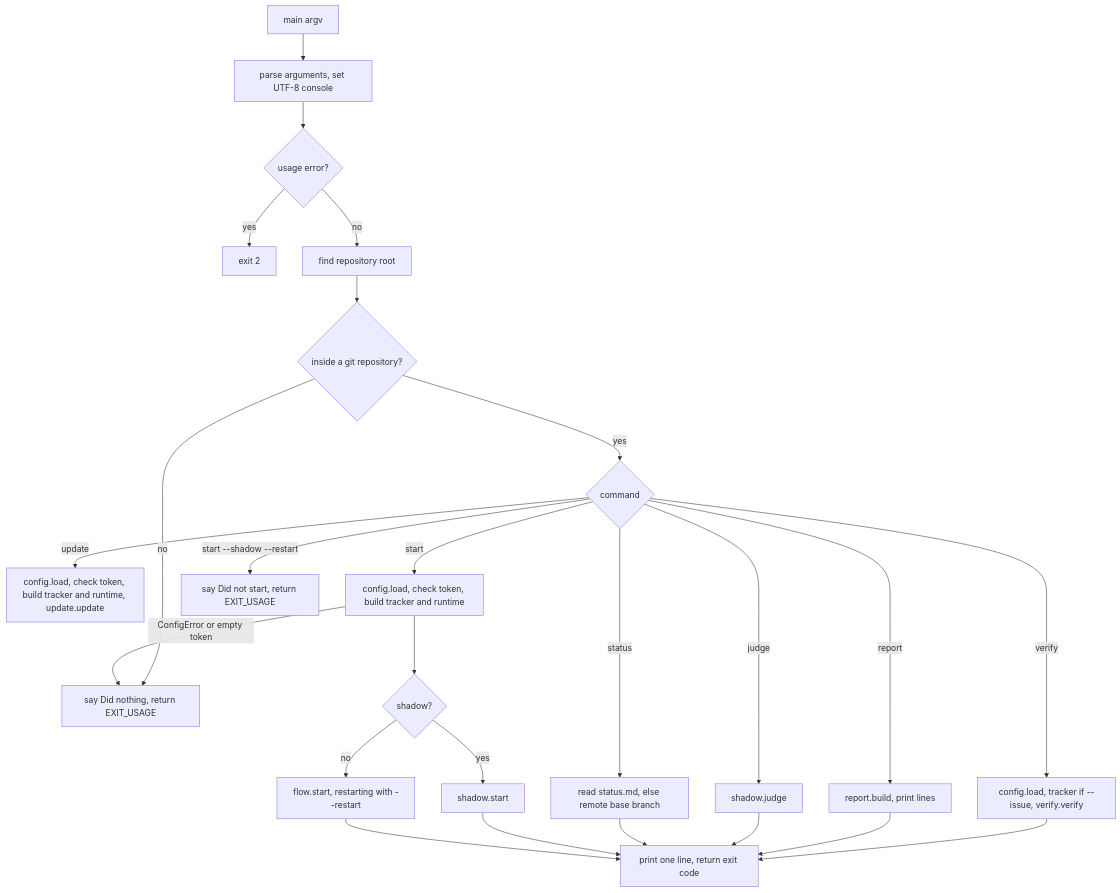
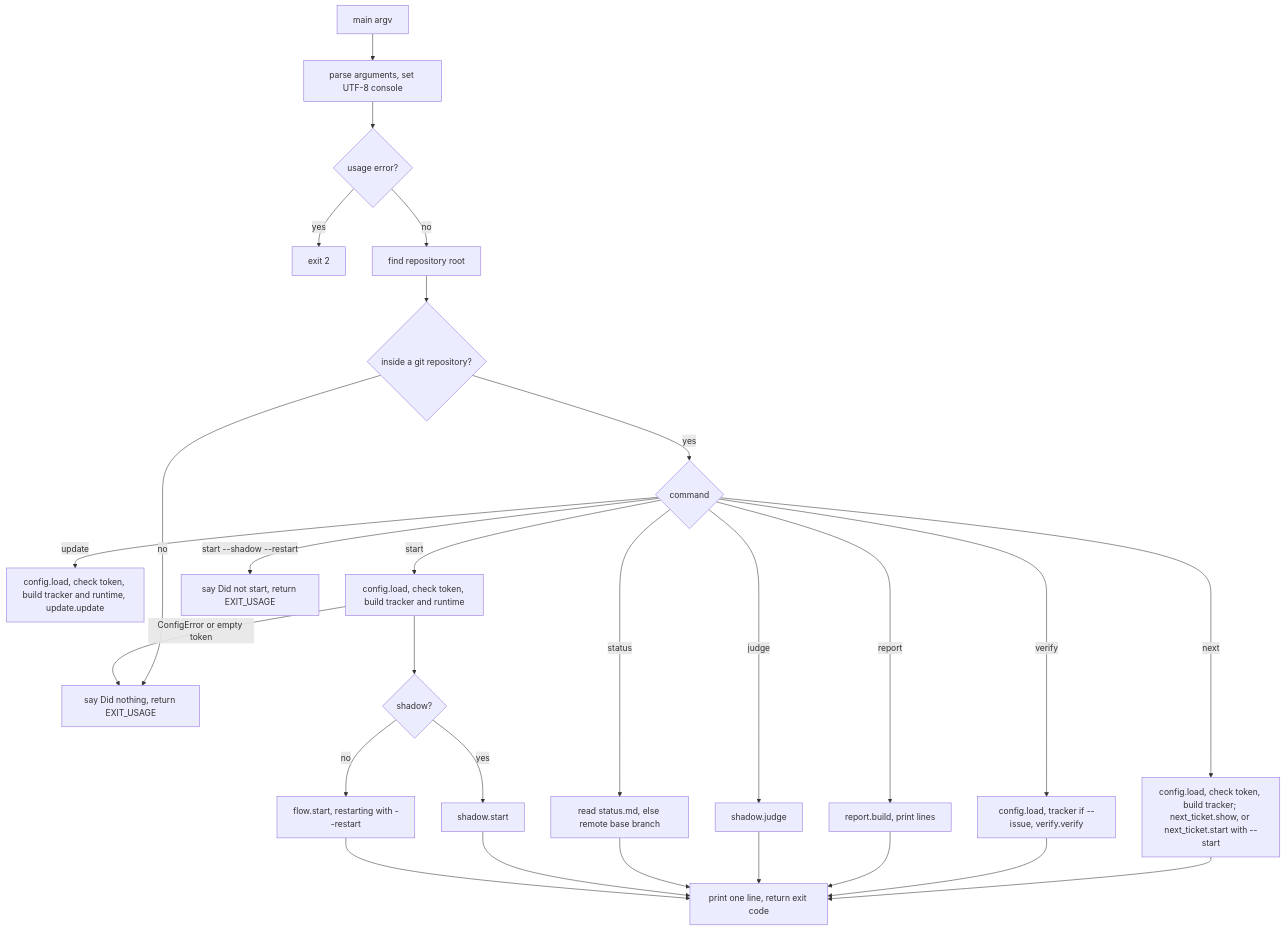
Before and after one commit to plaplanche/ariane: the first of 3 diagrams in docs/architecture/modules/cli.md, drawn with Mermaid. The commit also changed other lines of this file and 42 other files, not shown here.

Commit message:
#223: ariane next: propose the next ticket that can start safely next to the running ones, start it on the owner's confirmation (C11, C22, C23)

````diff
--- a/docs/architecture/modules/cli.md
+++ b/docs/architecture/modules/cli.md
@@ -26,28 +26,30 @@
 ```mermaid
 flowchart TD
   A[main argv] --> B[parse arguments, set UTF-8 console]
   B --> C{usage error?}
   C -- yes --> X[exit 2]
   C -- no --> D[find repository root]
   D --> E{inside a git repository?}
   E -- no --> U[say Did nothing, return EXIT_USAGE]
   E -- yes --> F{command}
   F -- report --> R[report.build, print lines]
   F -- judge --> J[shadow.judge]
   F -- verify --> V[config.load, tracker if --issue, verify.verify]
   F -- update --> W[config.load, check token, build tracker and runtime, update.update]
   F -- status --> S[read status.md, else remote base branch]
+  F -- next --> N[config.load, check token, build tracker; next_ticket.show, or next_ticket.start with --start]
+  N --> Z
   F -- start --> T[config.load, check token, build tracker and runtime]
   F -- "start --shadow --restart" --> X2[say Did not start, return EXIT_USAGE]
   T --> G{shadow?}
   G -- yes --> H[shadow.start]
   G -- no --> I[flow.start, restarting with --restart]
   V --> Z
   R --> Z
   J --> Z
   S --> Z
   H --> Z
   I --> Z
   Z[print one line, return exit code]
   T -- ConfigError or empty token --> U
 ```
````
